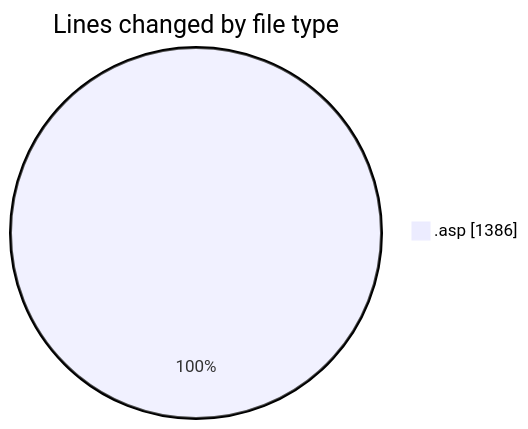
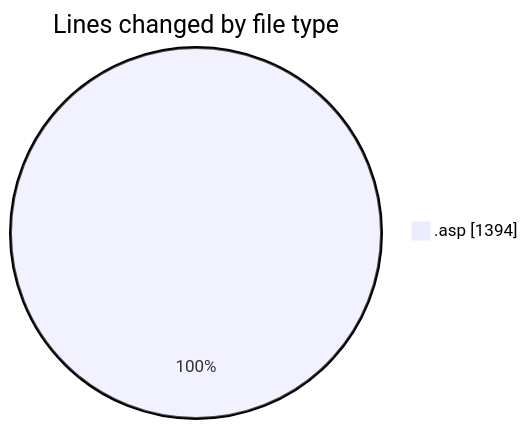
Before and after one commit to julien-gomy/code-tracking: the first of 2 diagrams in 2025-11-23/cdp_aleoudev_fr__workspace_/README.md, drawn with Mermaid. The commit also changed other lines of this file and 1 other file, not shown here.

````diff
--- a/2025-11-23/cdp_aleoudev_fr__workspace_/README.md
+++ b/2025-11-23/cdp_aleoudev_fr__workspace_/README.md
@@ -22,5 +22,5 @@
 ```mermaid
 pie showData
 title Lines changed by file type
-".asp" : 1386
+".asp" : 1394
 ```
````
